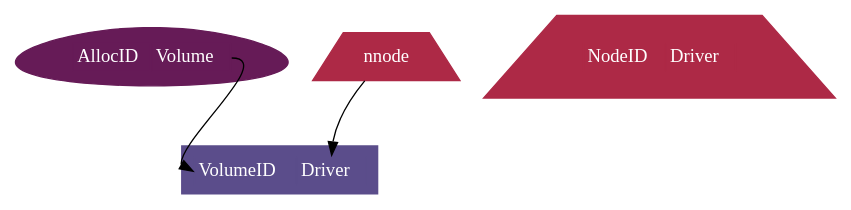
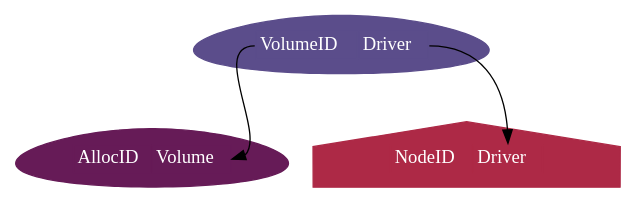
Before and after one commit to langmartin/nomad-dev: the diagram in doc/csi_volumes.dot, drawn with Graphviz.

Commit message:
csi_volumes html labels work, can mix with records

```diff
--- a/doc/csi_volumes.dot
+++ b/doc/csi_volumes.dot
@@ -1,35 +1,40 @@
 digraph {
 	// bgcolor="black"
 	// edge[color="white"]
 
 	// blue
-	node[style="filled" color="#5B4D8B" shape="box" fontcolor="white"]
-	vol[label=<<table border="0" cellborder="1" cellspacing="1"><tr>
+	node[style="filled" color="#5B4D8B" shape="egg" fontcolor="white"]
+	// vol[shape="record" label="<id> VolumeID|<dr> Driver"]
+	vol[label=<<table title="Volume" border="0" cellborder="1" cellspacing="1"><tr>
 	       <td port="id">VolumeID</td>
 	       <td port="dr">Driver</td>
 	       </tr></table>>]
 
 	// purple
 	node[color="#661B57" shape="egg"]
-	alloc[label=<<table border="0" cellborder="1" cellspacing="1"><tr>
+	// alloc[shape="record" label="<id> AllocID|<vol> Volume"]
+	alloc[label=<<table title="Alloc" border="0" cellborder="1" cellspacing="1"><tr>
 	       <td port="id">AllocID</td>
 	       <td port="vol">Volume</td>
 	       </tr></table>>]
 
 	// red
-	node[color="#AD2946" shape="trapezium"]
-	// nnode[label="<id> NodeID|<dr> Driver|..."]
-	nnnode[label=<<table border="0" cellborder="1" cellspacing="1"><tr>
+	node[color="#AD2946" shape="house"]
+	// nnode[shape="record" label="<id> NodeID|<dr> Driver|..."]
+	nnode[label=<<table title="Node" border="0" cellborder="1" cellspacing="1"><tr>
 	       <td port="id">NodeID</td>
 	       <td port="dr">Driver</td>
 	       </tr></table>>]
 
-	alloc:vol -> vol:id
-	nnode:dr -> vol:dr
+	vol:id -> alloc:vol
+	vol:dr -> nnode:dr
+
+	// alloc:vol -> vol:id
+	// nnode:dr -> vol:dr
 
 	// orange
 	// node[color="#DB411F" shape="diamond"]
 
 	// yellow
 	// node[color="#E78F28" shape="square"]
 }
```
